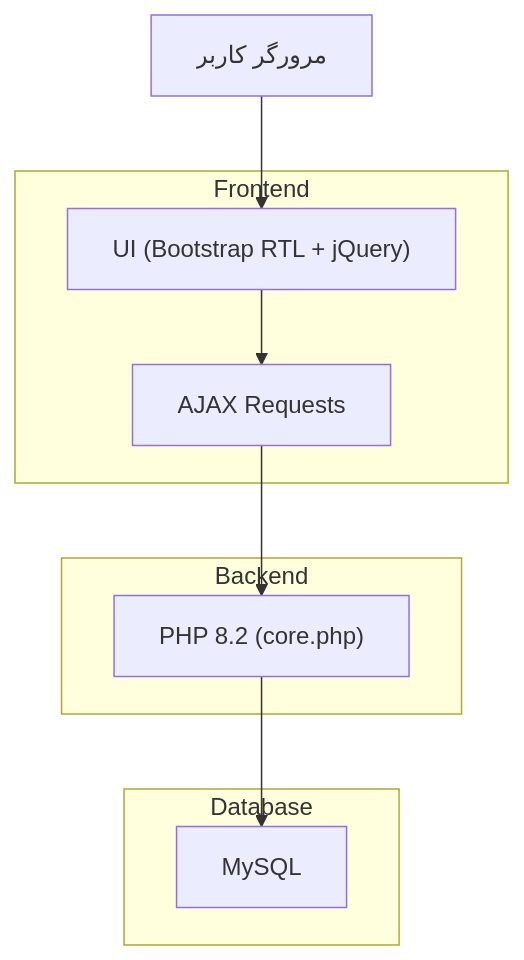
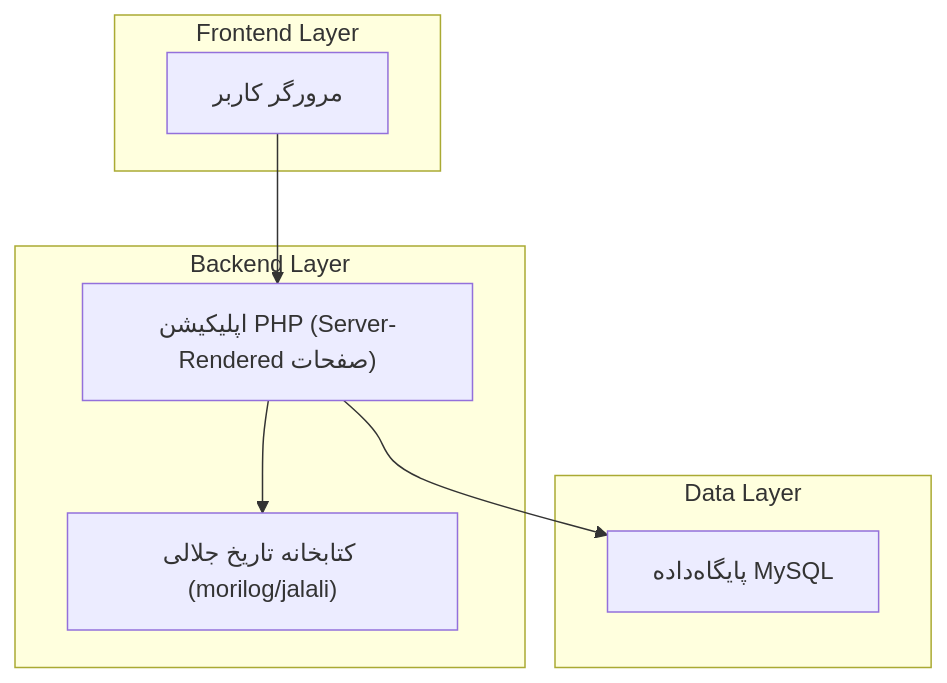
One commit to alinaghyan/kelaseh-v2 changed the first of 2 diagrams in .trae/documents/technical_architecture_app_farsi_ajax_db.md. Above: the diagram before and after it, drawn with Mermaid. The commit also changed other lines of this file and 8 other files, not shown here.

````diff
--- a/.trae/documents/technical_architecture_app_farsi_ajax_db.md
+++ b/.trae/documents/technical_architecture_app_farsi_ajax_db.md
@@ -2,20 +2,19 @@
 ```mermaid
 graph TD
-  A["مرورگر کاربر"] --> B["UI (Bootstrap RTL + jQuery)"]
-  B --> C["AJAX Requests"]
-  C --> D["PHP 8.2 (core.php)"]
-  D --> E["MySQL"]
+  A["مرورگر کاربر"] --> B["اپلیکیشن PHP (Server-Rendered صفحات)"]
+  B --> C["پایگاه‌داده MySQL"]
+  B --> D["کتابخانه تاریخ جلالی (morilog/jalali)"]
 
-  subgraph "Frontend"
-    B
-    C
+  subgraph "Frontend Layer"
+    A
   end
 
-  subgraph "Backend"
+  subgraph "Backend Layer"
+    B
     D
   end
 
-  subgraph "Database"
-    E
+  subgraph "Data Layer"
+    C
   end
 ```
````
